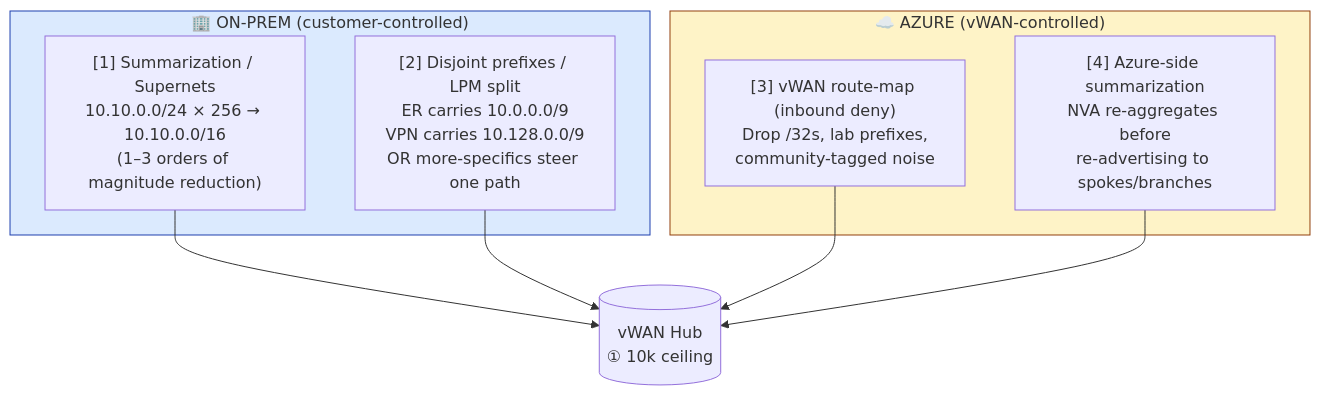
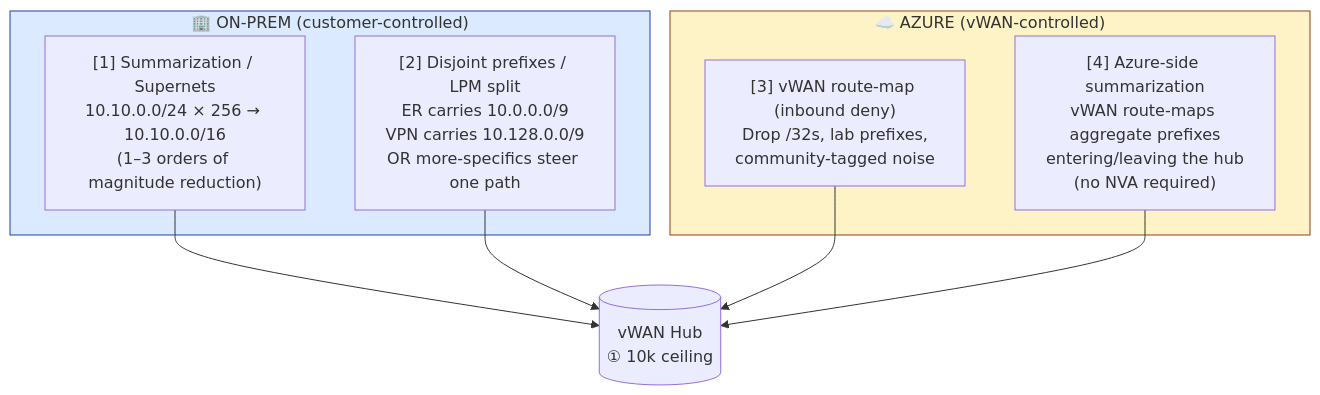
One commit to adtork/vwan-routing-limits changed the third of 3 diagrams in README.md. Above: the diagram before and after it, drawn with Mermaid. The commit also changed other lines of this file, not shown here.

Commit message:
Lever [4] is native vWAN route-maps, not NVA-based aggregation

````diff
--- a/README.md
+++ b/README.md
@@ -120,22 +120,22 @@
 ```mermaid
 flowchart TB
     subgraph OP["🏢 ON-PREM (customer-controlled)"]
         O1["[1] Summarization / Supernets<br/>10.10.0.0/24 × 256 → 10.10.0.0/16<br/>(1–3 orders of magnitude reduction)"]
         O2["[2] Disjoint prefixes / LPM split<br/>ER carries 10.0.0.0/9<br/>VPN carries 10.128.0.0/9<br/>OR more-specifics steer one path"]
     end
 
     subgraph AZ["☁️ AZURE (vWAN-controlled)"]
         A1["[3] vWAN route-map (inbound deny)<br/>Drop /32s, lab prefixes,<br/>community-tagged noise"]
-        A2["[4] Azure-side summarization<br/>NVA re-aggregates before<br/>re-advertising to spokes/branches"]
+        A2["[4] Azure-side summarization<br/>vWAN route-maps aggregate prefixes<br/>entering/leaving the hub<br/>(no NVA required)"]
     end
 
     O1 --> HUB[("vWAN Hub<br/>① 10k ceiling")]
     O2 --> HUB
     A1 --> HUB
     A2 --> HUB
 
     classDef onprem fill:#dbeafe,stroke:#1e40af
     classDef azure fill:#fef3c7,stroke:#92400e
     class OP onprem
     class AZ azure
 ```
````
